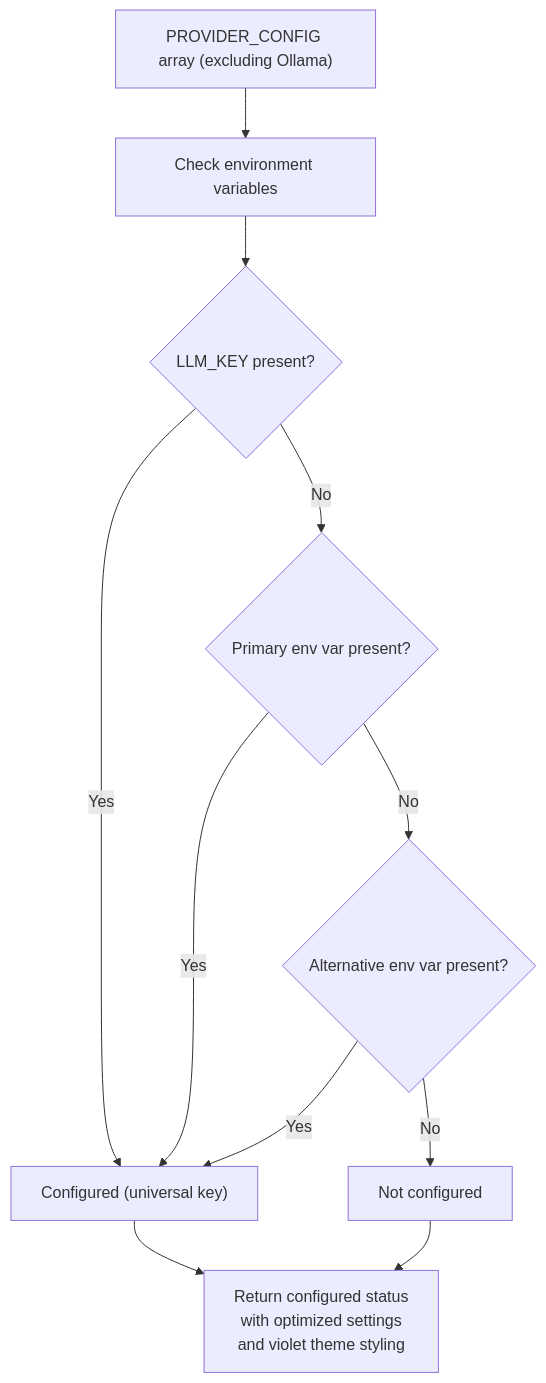
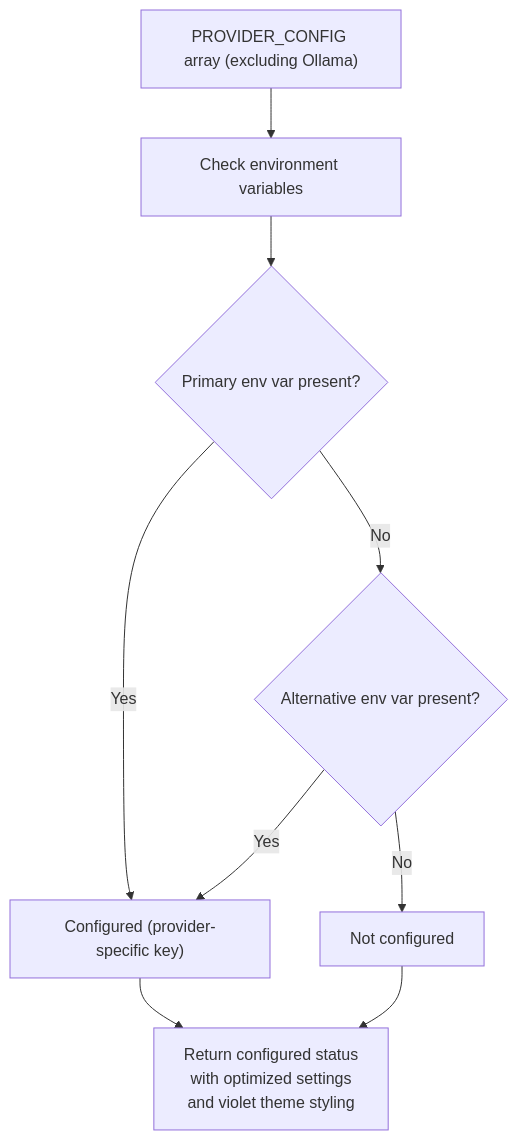
One commit to shekhargiri005-dotcom/AI-powered-accessibility-first-UI-engine changed the fifth of 13 diagrams in .qoder/repowiki/en/content/AI Generation Engine/Model Configuration & Selection/Model Configuration & Selection.md. Above: the diagram before and after it, drawn with Mermaid. The commit also changed other lines of this file and 71 other files, not shown here.

````diff
--- a/.qoder/repowiki/en/content/AI Generation Engine/Model Configuration & Selection/Model Configuration & Selection.md
+++ b/.qoder/repowiki/en/content/AI Generation Engine/Model Configuration & Selection/Model Configuration & Selection.md
@@ -316,13 +313,11 @@
 ```mermaid
 flowchart TD
 ProviderConfig["PROVIDER_CONFIG array (excluding Ollama)"] --> CheckEnv["Check environment variables"]
-CheckEnv --> UniversalKey{"LLM_KEY present?"}
-UniversalKey --> |Yes| Configured["Configured (universal key)"]
-UniversalKey --> |No| PrimaryCheck{"Primary env var present?"}
-PrimaryCheck --> |Yes| Configured
+CheckEnv --> PrimaryCheck{"Primary env var present?"}
+PrimaryCheck --> |Yes| Configured["Configured (provider-specific key)"]
 PrimaryCheck --> |No| AltCheck{"Alternative env var present?"}
 AltCheck --> |Yes| Configured
 AltCheck --> |No| NotConfigured["Not configured"]
 Configured --> ReturnStatus["Return configured status<br/>with optimized settings<br/>and violet theme styling"]
 NotConfigured --> ReturnStatus
 ```
````
